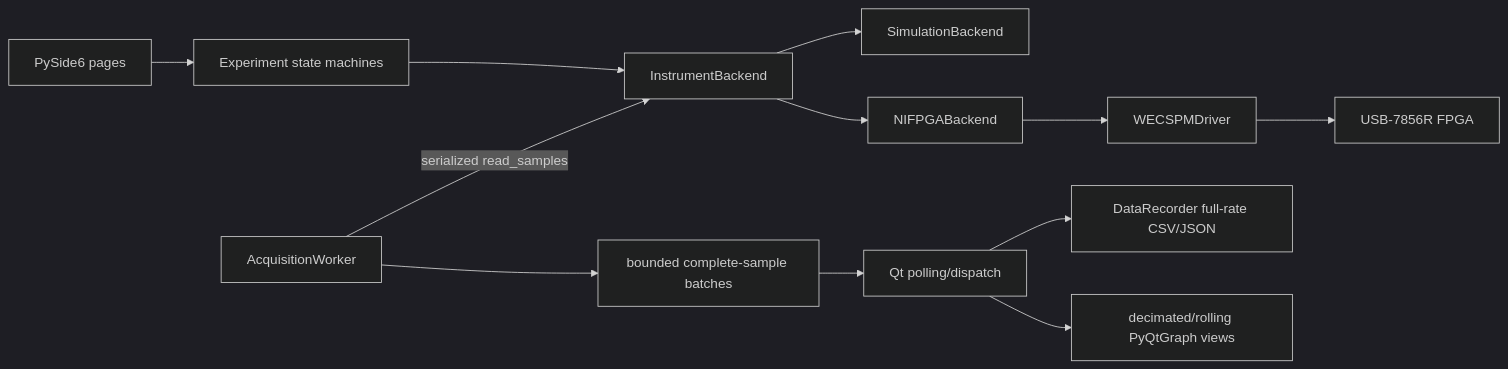
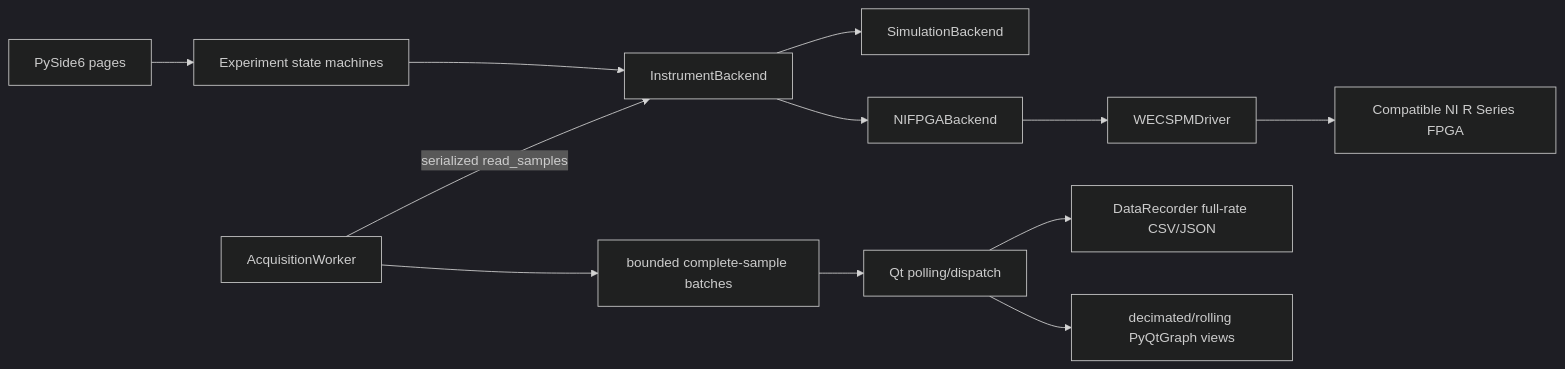
Before and after one commit to yerga/echemtips: the first of 2 diagrams in docs/ARCHITECTURE.md, drawn with Mermaid (dark theme). The commit also changed 10 other files, not shown here.

````diff
--- a/docs/ARCHITECTURE.md
+++ b/docs/ARCHITECTURE.md
@@ -10,14 +10,14 @@
 ```mermaid
 flowchart LR
     UI[PySide6 pages] --> EXP[Experiment state machines]
     EXP --> BE[InstrumentBackend]
     BE --> SIM[SimulationBackend]
     BE --> NI[NIFPGABackend]
     NI --> DRIVER[WECSPMDriver]
-    DRIVER --> FPGA[USB-7856R FPGA]
+    DRIVER --> FPGA[Compatible NI R Series FPGA]
     ACQ[AcquisitionWorker] -->|serialized read_samples| BE
     ACQ --> QUEUE[bounded complete-sample batches]
     QUEUE --> APP[Qt polling/dispatch]
     APP --> REC[DataRecorder full-rate CSV/JSON]
     APP --> PLOT[decimated/rolling PyQtGraph views]
 ```
````
